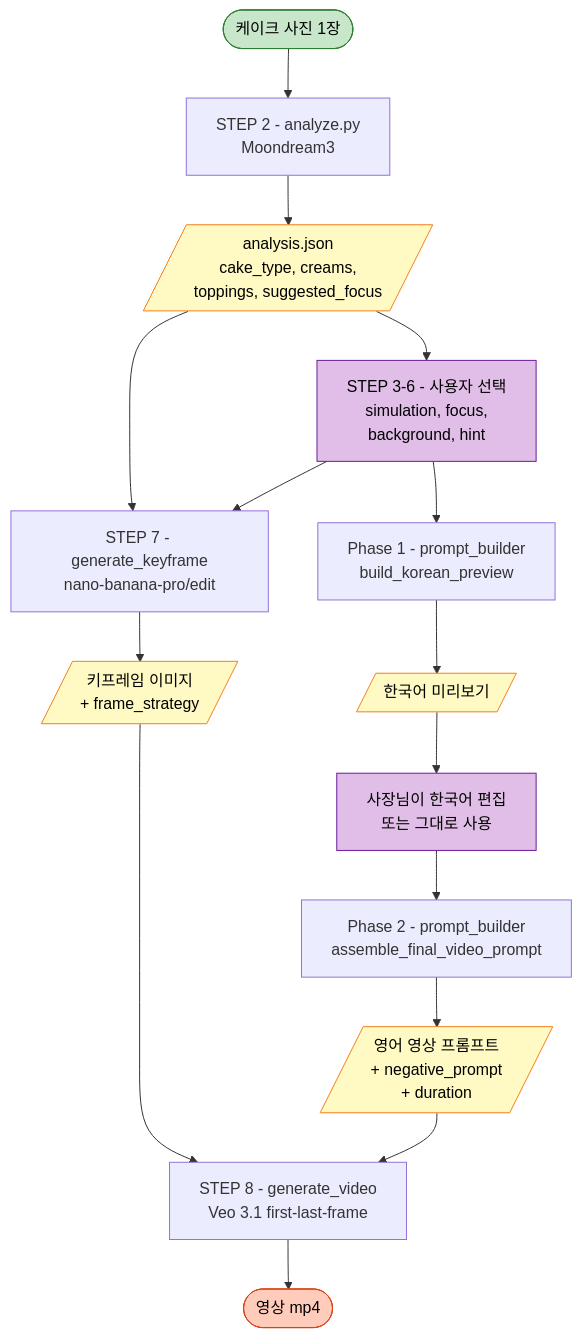
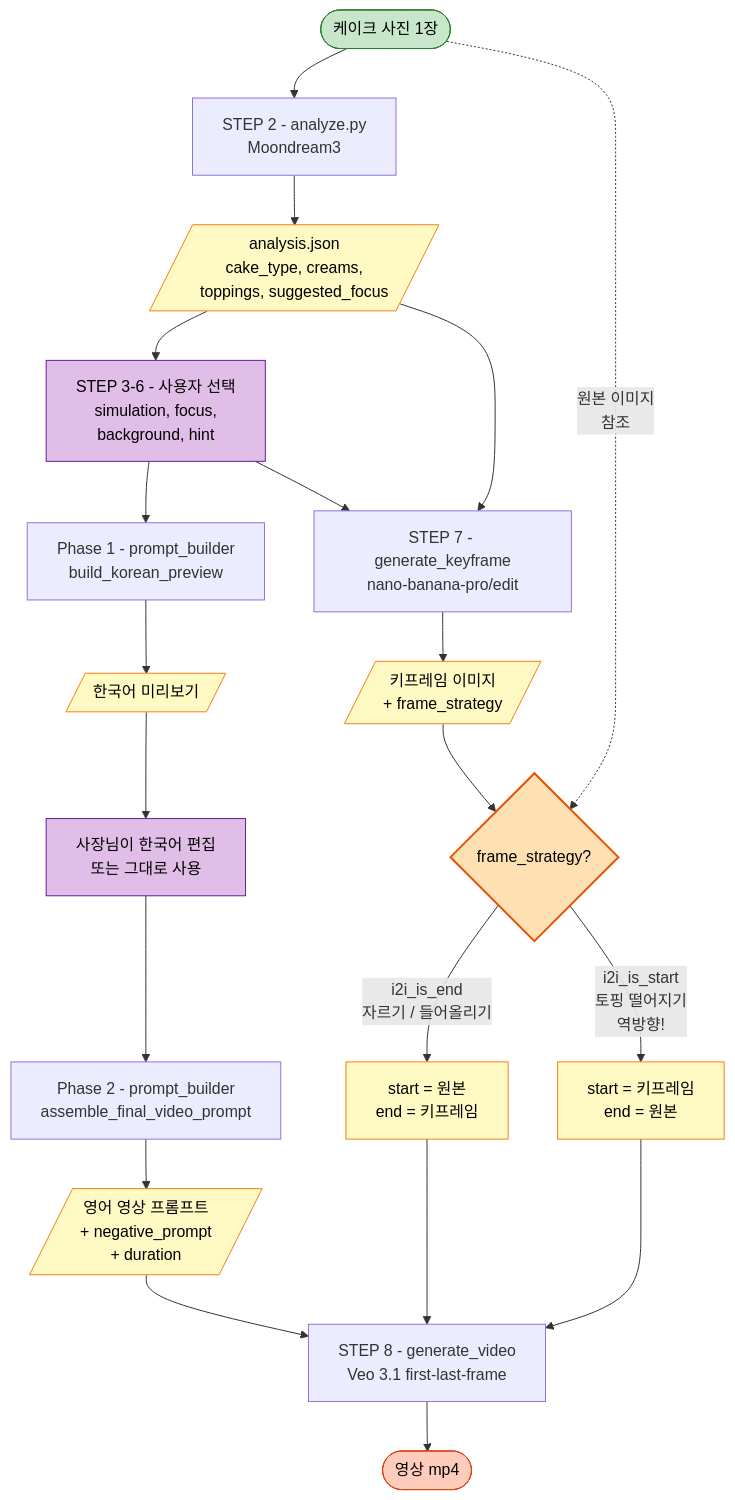
Before and after one commit to SPh0052/GEMCAFE: the fourth of 4 diagrams in gemcafe/AI/ARCHITECTURE.md, drawn with Mermaid. The commit also changed other lines of this file and 3 other files, not shown here.

````diff
--- a/gemcafe/AI/ARCHITECTURE.md
+++ b/gemcafe/AI/ARCHITECTURE.md
@@ -157,29 +165,37 @@
 ```mermaid
 flowchart TD
     Start([케이크 사진 1장]):::input
 
     Start --> A[STEP 2 - analyze.py<br/>Moondream3]
     A --> A_OUT[/analysis.json<br/>cake_type, creams,<br/>toppings, suggested_focus/]:::data
 
     A_OUT --> S3[STEP 3-6 - 사용자 선택<br/>simulation, focus,<br/>background, hint]:::user
     S3 --> P1[Phase 1 - prompt_builder<br/>build_korean_preview]
     P1 --> P1_OUT[/한국어 미리보기/]:::data
 
     P1_OUT --> EDIT[사장님이 한국어 편집<br/>또는 그대로 사용]:::user
     EDIT --> P2[Phase 2 - prompt_builder<br/>assemble_final_video_prompt]
     P2 --> P2_OUT[/영어 영상 프롬프트<br/>+ negative_prompt<br/>+ duration/]:::data
 
     %% 평행 흐름: 키프레임 생성
     A_OUT --> S7[STEP 7 - generate_keyframe<br/>nano-banana-pro/edit]
     S3 --> S7
     S7 --> KF[/키프레임 이미지<br/>+ frame_strategy/]:::data
 
-    KF --> S8[STEP 8 - generate_video<br/>Veo 3.1 first-last-frame]
+    %% frame_strategy 분기 — 시뮬레이션마다 I2I 결과가 first-frame인지 last-frame인지 다름
+    KF --> BRANCH{frame_strategy?}:::decision
+    Start -.->|원본 이미지<br/>참조| BRANCH
+    BRANCH -->|i2i_is_end<br/>자르기 / 들어올리기| ASSIGN_A[start = 원본<br/>end = 키프레임]:::data
+    BRANCH -->|i2i_is_start<br/>토핑 떨어지기<br/>역방향!| ASSIGN_B[start = 키프레임<br/>end = 원본]:::data
+
+    ASSIGN_A --> S8[STEP 8 - generate_video<br/>Veo 3.1 first-last-frame]
+    ASSIGN_B --> S8
     P2_OUT --> S8
     S8 --> END([영상 mp4]):::output
 
     classDef input fill:#c8e6c9,stroke:#2e7d32,color:#000
     classDef output fill:#ffccbc,stroke:#d84315,color:#000
     classDef data fill:#fff9c4,stroke:#f57f17,color:#000
     classDef user fill:#e1bee7,stroke:#6a1b9a,color:#000
+    classDef decision fill:#ffe0b2,stroke:#e65100,stroke-width:2px,color:#000
 ```
````
